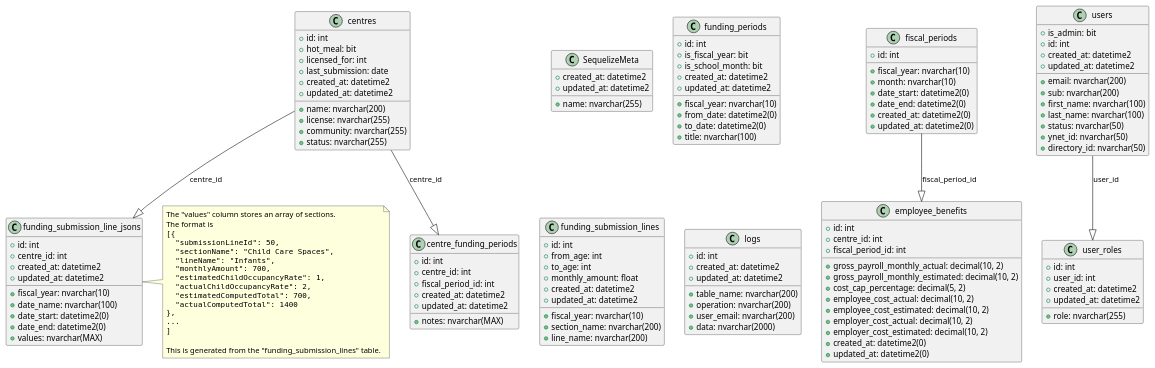
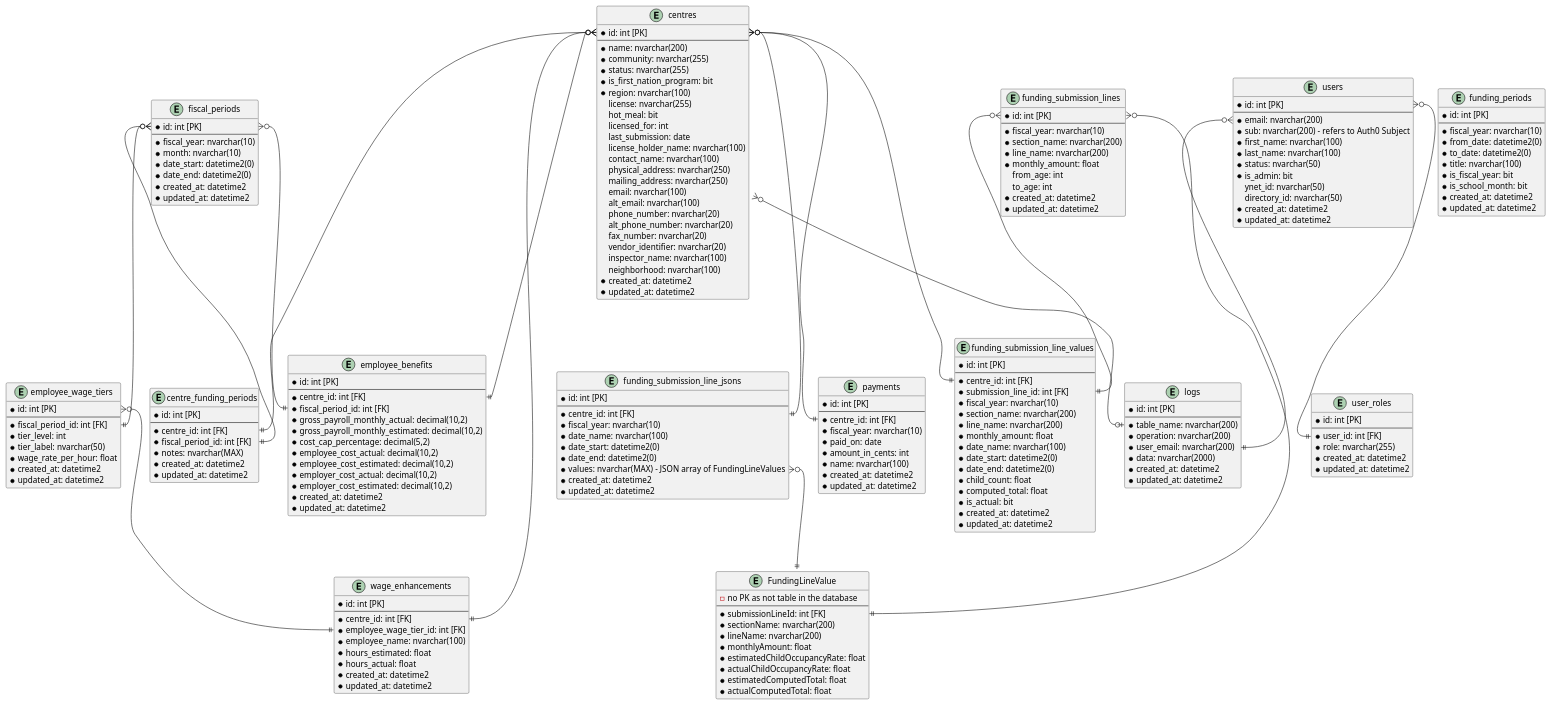
One commit to ytgov/elcc-data-management changed the diagram in _Design/Entity Relationship Diagrams.wsd. Above: the diagram before and after it, drawn with PlantUML. The commit also changed 1 other file, not shown here.

Commit message:
:tophat: Update entity relationship diagrams.

```diff
--- a/_Design/Entity Relationship Diagrams.wsd
+++ b/_Design/Entity Relationship Diagrams.wsd
@@ -1,151 +1,228 @@
 @startuml Entity Relationship Diagrams
 
-class "SequelizeMeta" {
-  +name: nvarchar(255)
-  +created_at: datetime2
-  +updated_at: datetime2
+entity "centre_funding_periods" {
+  * id: int [PK]
+  --
+  * centre_id: int [FK]
+  * fiscal_period_id: int [FK]
+  * notes: nvarchar(MAX)
+  * created_at: datetime2
+  * updated_at: datetime2
 }
 
-class "centres" {
-  +id: int
-  +name: nvarchar(200)
-  +license: nvarchar(255)
-  +community: nvarchar(255)
-  +status: nvarchar(255)
-  +hot_meal: bit
-  +licensed_for: int
-  +last_submission: date
-  +created_at: datetime2
-  +updated_at: datetime2
+entity "centres" {
+  * id: int [PK]
+  --
+  * name: nvarchar(200)
+  * community: nvarchar(255)
+  * status: nvarchar(255)
+  * is_first_nation_program: bit
+  * region: nvarchar(100)
+  license: nvarchar(255)
+  hot_meal: bit
+  licensed_for: int
+  last_submission: date
+  license_holder_name: nvarchar(100)
+  contact_name: nvarchar(100)
+  physical_address: nvarchar(250)
+  mailing_address: nvarchar(250)
+  email: nvarchar(100)
+  alt_email: nvarchar(100)
+  phone_number: nvarchar(20)
+  alt_phone_number: nvarchar(20)
+  fax_number: nvarchar(20)
+  vendor_identifier: nvarchar(20)
+  inspector_name: nvarchar(100)
+  neighborhood: nvarchar(100)
+  * created_at: datetime2
+  * updated_at: datetime2
 }
 
-
-class "employee_benefits" {
-  +id: int
-  +centre_id: int
-  +fiscal_period_id: int
-  +gross_payroll_monthly_actual: decimal(10, 2)
-  +gross_payroll_monthly_estimated: decimal(10, 2)
-  +cost_cap_percentage: decimal(5, 2)
-  +employee_cost_actual: decimal(10, 2)
-  +employee_cost_estimated: decimal(10, 2)
-  +employer_cost_actual: decimal(10, 2)
-  +employer_cost_estimated: decimal(10, 2)
-  +created_at: datetime2(0)
-  +updated_at: datetime2(0)
+entity "employee_benefits" {
+  * id: int [PK]
+  --
+  * centre_id: int [FK]
+  * fiscal_period_id: int [FK]
+  * gross_payroll_monthly_actual: decimal(10,2)
+  * gross_payroll_monthly_estimated: decimal(10,2)
+  * cost_cap_percentage: decimal(5,2)
+  * employee_cost_actual: decimal(10,2)
+  * employee_cost_estimated: decimal(10,2)
+  * employer_cost_actual: decimal(10,2)
+  * employer_cost_estimated: decimal(10,2)
+  * created_at: datetime2
+  * updated_at: datetime2
 }
 
-class "fiscal_periods" {
-  +id: int
-  +fiscal_year: nvarchar(10)
-  +month: nvarchar(10)
-  +date_start: datetime2(0)
-  +date_end: datetime2(0)
-  +created_at: datetime2(0)
-  +updated_at: datetime2(0)
+entity "employee_wage_tiers" {
+  * id: int [PK]
+  --
+  * fiscal_period_id: int [FK]
+  * tier_level: int
+  * tier_label: nvarchar(50)
+  * wage_rate_per_hour: float
+  * created_at: datetime2
+  * updated_at: datetime2
 }
 
-class "funding_periods" {
-  +id: int
-  +fiscal_year: nvarchar(10)
-  +from_date: datetime2(0)
-  +to_date: datetime2(0)
-  +title: nvarchar(100)
-  +is_fiscal_year: bit
-  +is_school_month: bit
-  +created_at: datetime2
-  +updated_at: datetime2
+entity "fiscal_periods" {
+  * id: int [PK]
+  --
+  * fiscal_year: nvarchar(10)
+  * month: nvarchar(10)
+  * date_start: datetime2(0)
+  * date_end: datetime2(0)
+  * created_at: datetime2
+  * updated_at: datetime2
 }
 
-class "funding_submission_lines" {
-  +id: int
-  +fiscal_year: nvarchar(10)
-  +section_name: nvarchar(200)
-  +line_name: nvarchar(200)
-  +from_age: int
-  +to_age: int
-  +monthly_amount: float
-  +created_at: datetime2
-  +updated_at: datetime2
+entity "funding_periods" {
+  * id: int [PK]
+  --
+  * fiscal_year: nvarchar(10)
+  * from_date: datetime2(0)
+  * to_date: datetime2(0)
+  * title: nvarchar(100)
+  * is_fiscal_year: bit
+  * is_school_month: bit
+  * created_at: datetime2
+  * updated_at: datetime2
 }
 
-class "logs" {
-  +id: int
-  +table_name: nvarchar(200)
-  +operation: nvarchar(200)
-  +user_email: nvarchar(200)
-  +data: nvarchar(2000)
-  +created_at: datetime2
-  +updated_at: datetime2
+entity "funding_submission_line_jsons" {
+  * id: int [PK]
+  --
+  * centre_id: int [FK]
+  * fiscal_year: nvarchar(10)
+  * date_name: nvarchar(100)
+  * date_start: datetime2(0)
+  * date_end: datetime2(0)
+  * values: nvarchar(MAX) - JSON array of FundingLineValues
+  * created_at: datetime2
+  * updated_at: datetime2
 }
 
-class "users" {
-  +email: nvarchar(200)
-  +sub: nvarchar(200)
-  +first_name: nvarchar(100)
-  +last_name: nvarchar(100)
-  +status: nvarchar(50)
-  +is_admin: bit
-  +ynet_id: nvarchar(50)
-  +directory_id: nvarchar(50)
-  +id: int
-  +created_at: datetime2
-  +updated_at: datetime2
+' This is stored as json in the funding_submission_line_jsons::values column
+entity "FundingLineValue" {
+  - no PK as not table in the database
+  --
+  * submissionLineId: int [FK]
+  * sectionName: nvarchar(200)
+  * lineName: nvarchar(200)
+  * monthlyAmount: float
+  * estimatedChildOccupancyRate: float
+  * actualChildOccupancyRate: float
+  * estimatedComputedTotal: float
+  * actualComputedTotal: float
 }
 
-class "centre_funding_periods" {
-  +id: int
-  +centre_id: int
-  +fiscal_period_id: int
-  +notes: nvarchar(MAX)
-  +created_at: datetime2
-  +updated_at: datetime2
+' This table is not in use currently.
+entity "funding_submission_line_values" {
+  * id: int [PK]
+  --
+  * centre_id: int [FK]
+  * submission_line_id: int [FK]
+  * fiscal_year: nvarchar(10)
+  * section_name: nvarchar(200)
+  * line_name: nvarchar(200)
+  * monthly_amount: float
+  * date_name: nvarchar(100)
+  * date_start: datetime2(0)
+  * date_end: datetime2(0)
+  * child_count: float
+  * computed_total: float
+  * is_actual: bit
+  * created_at: datetime2
+  * updated_at: datetime2
 }
 
-class "funding_submission_line_jsons" {
-  +id: int
-  +centre_id: int
-  +fiscal_year: nvarchar(10)
-  +date_name: nvarchar(100)
-  +date_start: datetime2(0)
-  +date_end: datetime2(0)
-  +values: nvarchar(MAX)
-  +created_at: datetime2
-  +updated_at: datetime2
+entity "funding_submission_lines" {
+  * id: int [PK]
+  --
+  * fiscal_year: nvarchar(10)
+  * section_name: nvarchar(200)
+  * line_name: nvarchar(200)
+  * monthly_amount: float
+  from_age: int
+  to_age: int
+  * created_at: datetime2
+  * updated_at: datetime2
 }
 
-note right of "funding_submission_line_jsons"
-  The "values" column stores an array of sections.
-  The format is
-  <code>
-  [{
-    "submissionLineId": 50,
-    "sectionName": "Child Care Spaces",
-    "lineName": "Infants",
-    "monthlyAmount": 700,
-    "estimatedChildOccupancyRate": 1,
-    "actualChildOccupancyRate": 2,
-    "estimatedComputedTotal": 700,
-    "actualComputedTotal": 1400
-  },
-  ...
-  ]
-  </code>
-
-  This is generated from the "funding_submission_lines" table.
-end note
-
-class "user_roles" {
-  +role: nvarchar(255)
-  +id: int
-  +user_id: int
-  +created_at: datetime2
-  +updated_at: datetime2
+' This table is a sort of polymorphic table to store changes relating to some abitrary table.
+entity "logs" {
+  * id: int [PK]
+  --
+  * table_name: nvarchar(200)
+  * operation: nvarchar(200)
+  * user_email: nvarchar(200)
+  * data: nvarchar(2000)
+  * created_at: datetime2
+  * updated_at: datetime2
 }
 
-"centres" --|> "centre_funding_periods" : centre_id
-"centres" --|> "funding_submission_line_jsons" : centre_id
-"users" --|> "user_roles" : user_id
-"fiscal_periods" --|> "employee_benefits" : fiscal_period_id
+entity "payments" {
+  * id: int [PK]
+  --
+  * centre_id: int [FK]
+  * fiscal_year: nvarchar(10)
+  * paid_on: date
+  * amount_in_cents: int
+  * name: nvarchar(100)
+  * created_at: datetime2
+  * updated_at: datetime2
+}
 
+entity "user_roles" {
+  * id: int [PK]
+  --
+  * user_id: int [FK]
+  * role: nvarchar(255)
+  * created_at: datetime2
+  * updated_at: datetime2
+}
+
+entity "users" {
+  * id: int [PK]
+  --
+  * email: nvarchar(200)
+  * sub: nvarchar(200) - refers to Auth0 Subject
+  * first_name: nvarchar(100)
+  * last_name: nvarchar(100)
+  * status: nvarchar(50)
+  * is_admin: bit
+  ynet_id: nvarchar(50)
+  directory_id: nvarchar(50)
+  * created_at: datetime2
+  * updated_at: datetime2
+}
+
+entity "wage_enhancements" {
+  * id: int [PK]
+  --
+  * centre_id: int [FK]
+  * employee_wage_tier_id: int [FK]
+  * employee_name: nvarchar(100)
+  * hours_estimated: float
+  * hours_actual: float
+  * created_at: datetime2
+  * updated_at: datetime2
+}
+
+centres::id }o--|| centre_funding_periods::centre_id
+centres::id }o--|| employee_benefits::centre_id
+centres::id }o--|| funding_submission_line_jsons::centre_id
+centres::id }o--|| funding_submission_line_values::centre_id
+centres::id }o--|| payments::centre_id
+centres::id }o--|| wage_enhancements::centre_id
+centres }o--o| logs::table_name
+employee_wage_tiers::id }o--|| wage_enhancements::employee_wage_tier_id
+fiscal_periods::id }o--|| centre_funding_periods::fiscal_period_id
+fiscal_periods::id }o--|| employee_benefits::fiscal_period_id
+fiscal_periods::id }o--|| employee_wage_tiers::fiscal_period_id
+funding_submission_line_jsons::values }o--|| FundingLineValue
+funding_submission_lines::id }o--|| FundingLineValue::submissionLineId
+funding_submission_lines::id }o--|| funding_submission_line_values::submission_line_id
+users::id }o--|| user_roles::user_id
+users::email }o--|| logs::user_email
 @enduml
```
